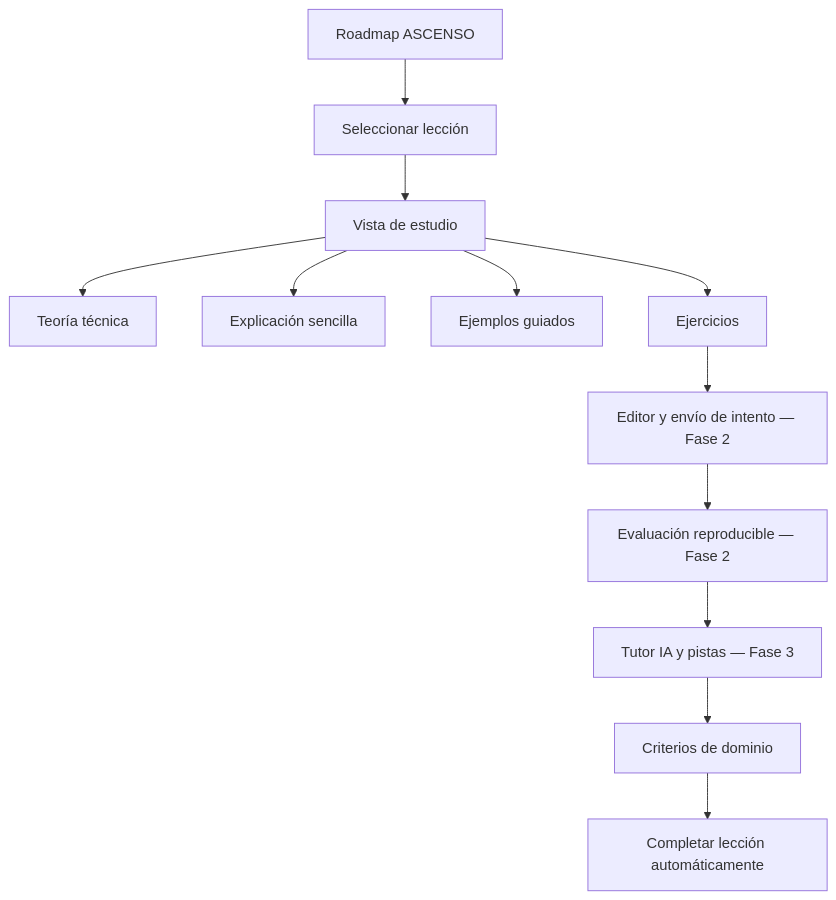
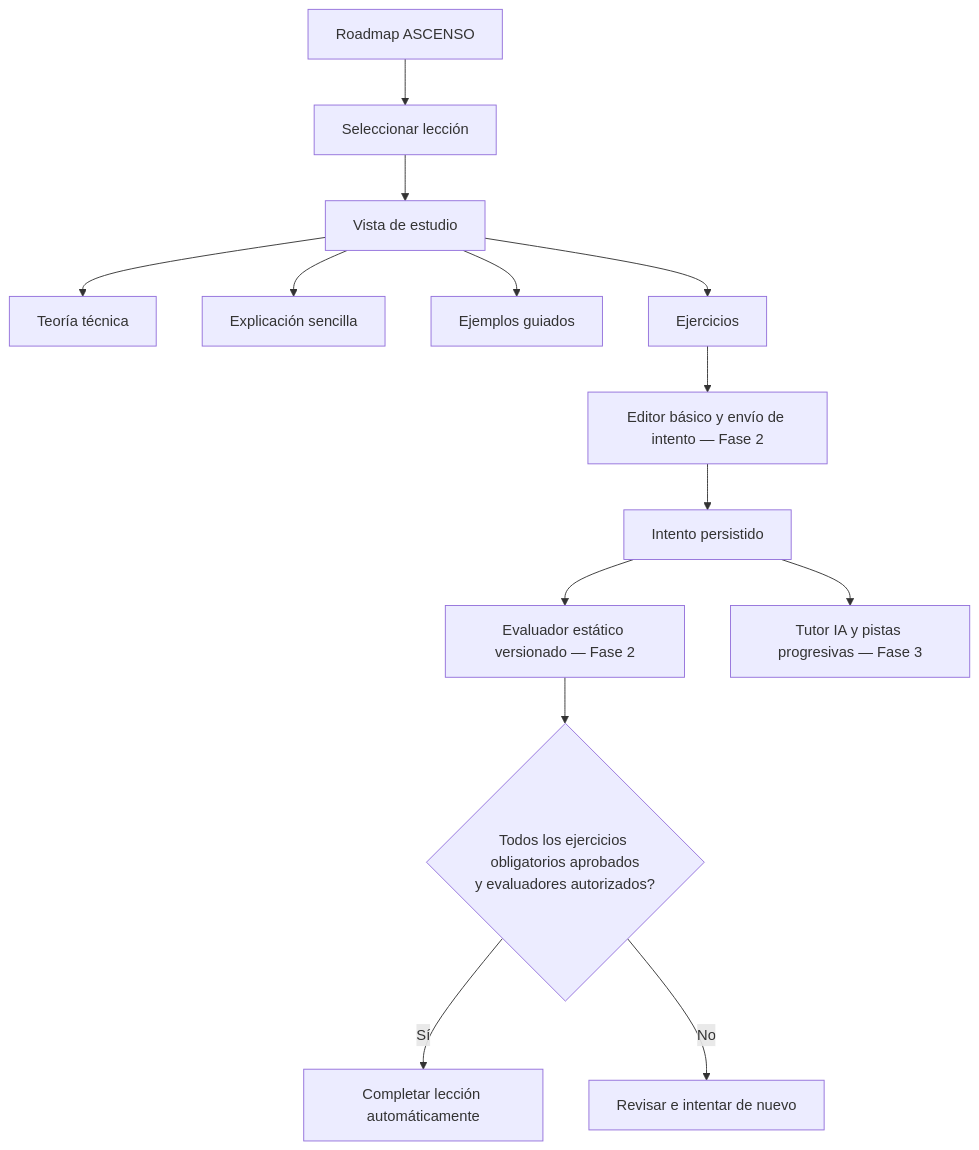
Before and after one commit to MaverickBms/CodeGuard-Pro: the second of 2 diagrams in docs/FASE_2_APRENDIZAJE.md, drawn with Mermaid. The commit also changed other lines of this file, not shown here.

Commit message:
Documenta intentos, evaluación estática y límites de seguridad

````diff
--- a/docs/FASE_2_APRENDIZAJE.md
+++ b/docs/FASE_2_APRENDIZAJE.md
@@ -83,14 +86,16 @@
 ```mermaid
 flowchart TD
     A[Roadmap ASCENSO] --> B[Seleccionar lección]
     B --> C[Vista de estudio]
     C --> D[Teoría técnica]
     C --> E[Explicación sencilla]
     C --> F[Ejemplos guiados]
     C --> G[Ejercicios]
-    G --> H[Editor y envío de intento — Fase 2]
-    H --> I[Evaluación reproducible — Fase 2]
-    I --> J[Tutor IA y pistas — Fase 3]
-    J --> K[Criterios de dominio]
-    K --> L[Completar lección automáticamente]
+    G --> H[Editor básico y envío de intento — Fase 2]
+    H --> I[Intento persistido]
+    I --> J[Evaluador estático versionado — Fase 2]
+    J --> K{Todos los ejercicios obligatorios aprobados<br/>y evaluadores autorizados?}
+    K -->|Sí| L[Completar lección automáticamente]
+    K -->|No| M[Revisar e intentar de nuevo]
+    I --> N[Tutor IA y pistas progresivas — Fase 3]
 ```
````
